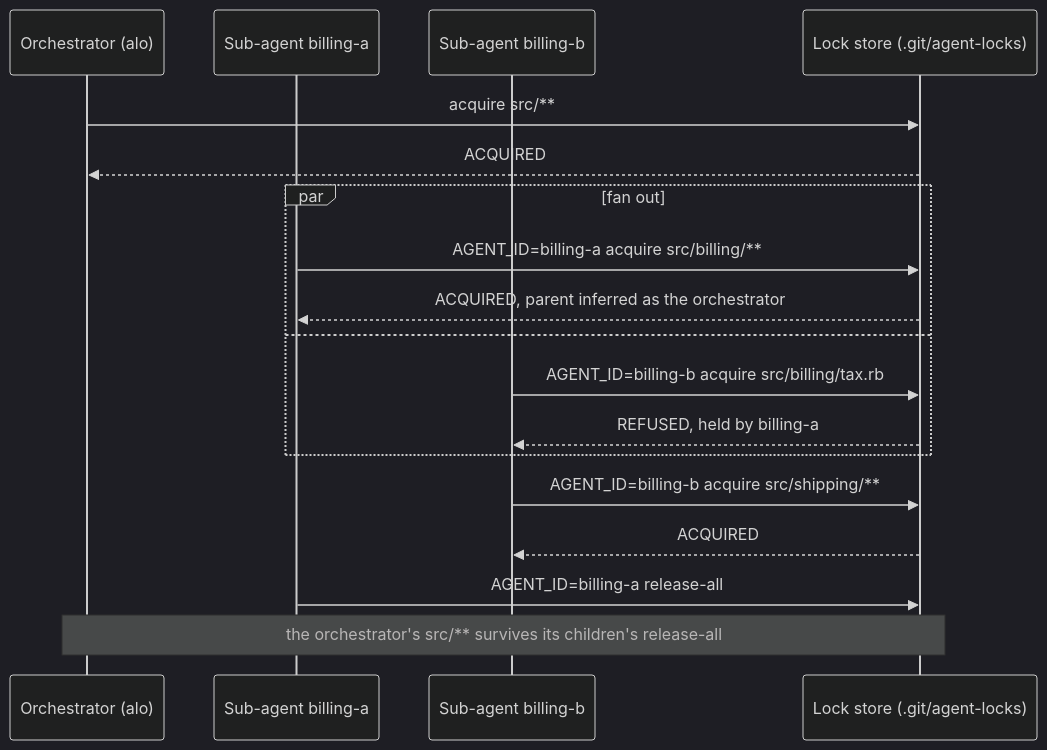
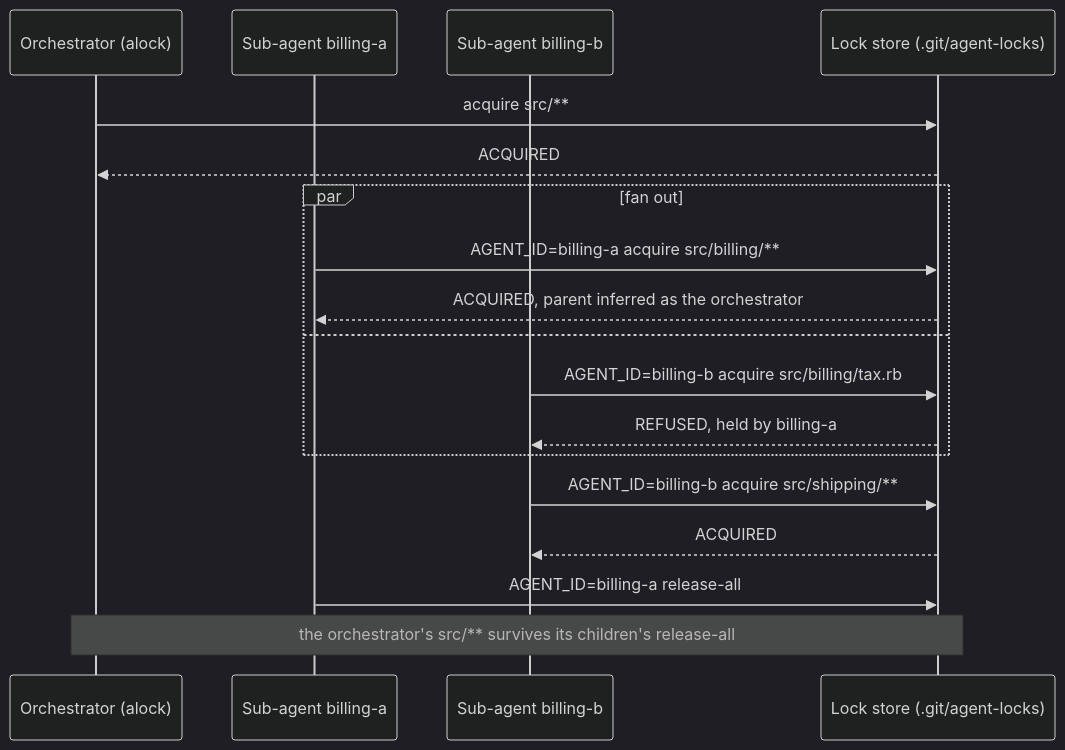
The diagram in README.md (kigster/agent-lock), drawn with Mermaid (dark theme) before and after one commit. The commit also changed other lines of this file and 1 other file, not shown here.

````diff
--- a/README.md
+++ b/README.md
@@ -76,20 +76,20 @@
 ```mermaid
 sequenceDiagram
-  participant O as Orchestrator (alo)
+  participant O as Orchestrator (alock)
   participant A as Sub-agent billing-a
   participant B as Sub-agent billing-b
   participant S as Lock store (.git/agent-locks)
   O->>S: acquire src/**
   S-->>O: ACQUIRED
   par fan out
     A->>S: AGENT_ID=billing-a acquire src/billing/**
     S-->>A: ACQUIRED, parent inferred as the orchestrator
   and
     B->>S: AGENT_ID=billing-b acquire src/billing/tax.rb
     S-->>B: REFUSED, held by billing-a
   end
   B->>S: AGENT_ID=billing-b acquire src/shipping/**
   S-->>B: ACQUIRED
   A->>S: AGENT_ID=billing-a release-all
   Note over O,S: the orchestrator's src/** survives its children's release-all
 ```
````
